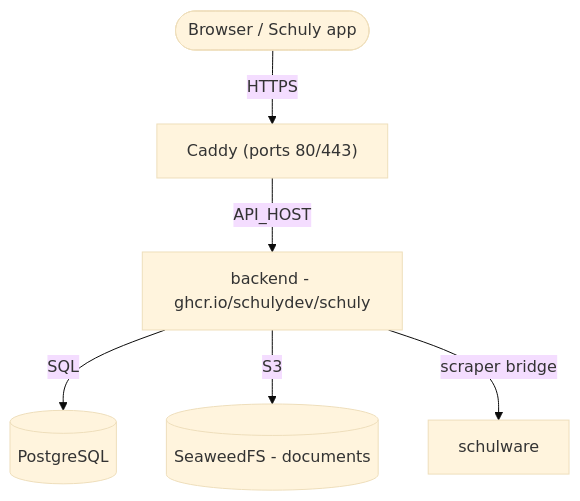
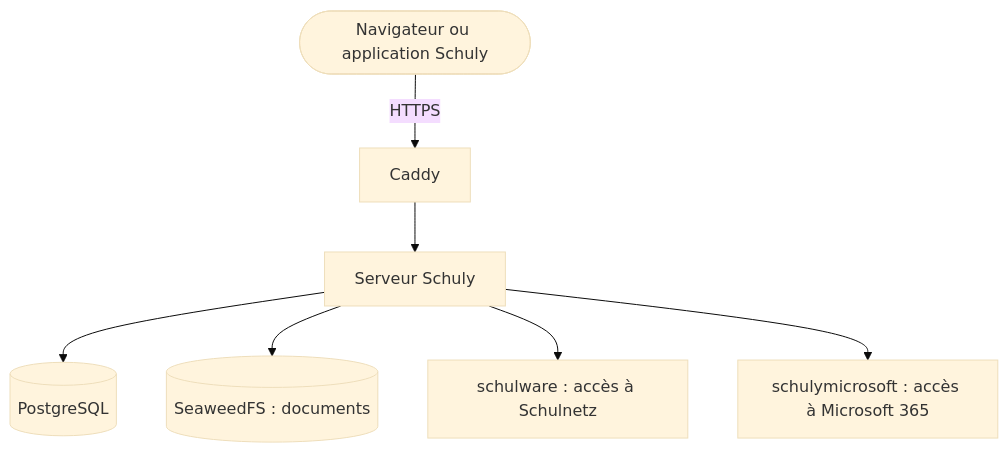
The diagram in docs/fr/SchulyServer/setup/self-hosting.md (schulydev/SchulyDocs), drawn with Mermaid (base theme) before and after one commit. The commit also changed other lines of this file and 101 other files, not shown here.

````diff
--- a/docs/fr/SchulyServer/setup/self-hosting.md
+++ b/docs/fr/SchulyServer/setup/self-hosting.md
@@ -15,8 +17,9 @@
 ```mermaid
 flowchart TB
-    user([Browser / Schuly app]) -->|HTTPS| caddy["Caddy (ports 80/443)"]
-    caddy -->|API_HOST| backend["backend - ghcr.io/schulydev/schuly"]
-    backend -->|SQL| pg[("PostgreSQL")]
-    backend -->|S3| s3[("SeaweedFS - documents")]
-    backend -->|scraper bridge| sw["schulware"]
+    user([Navigateur ou application Schuly]) -->|HTTPS| caddy["Caddy"]
+    caddy --> backend["Serveur Schuly"]
+    backend --> pg[("PostgreSQL")]
+    backend --> s3[("SeaweedFS : documents")]
+    backend --> sw["schulware : accès à Schulnetz"]
+    backend --> ms["schulymicrosoft : accès à Microsoft 365"]
 ```
````
